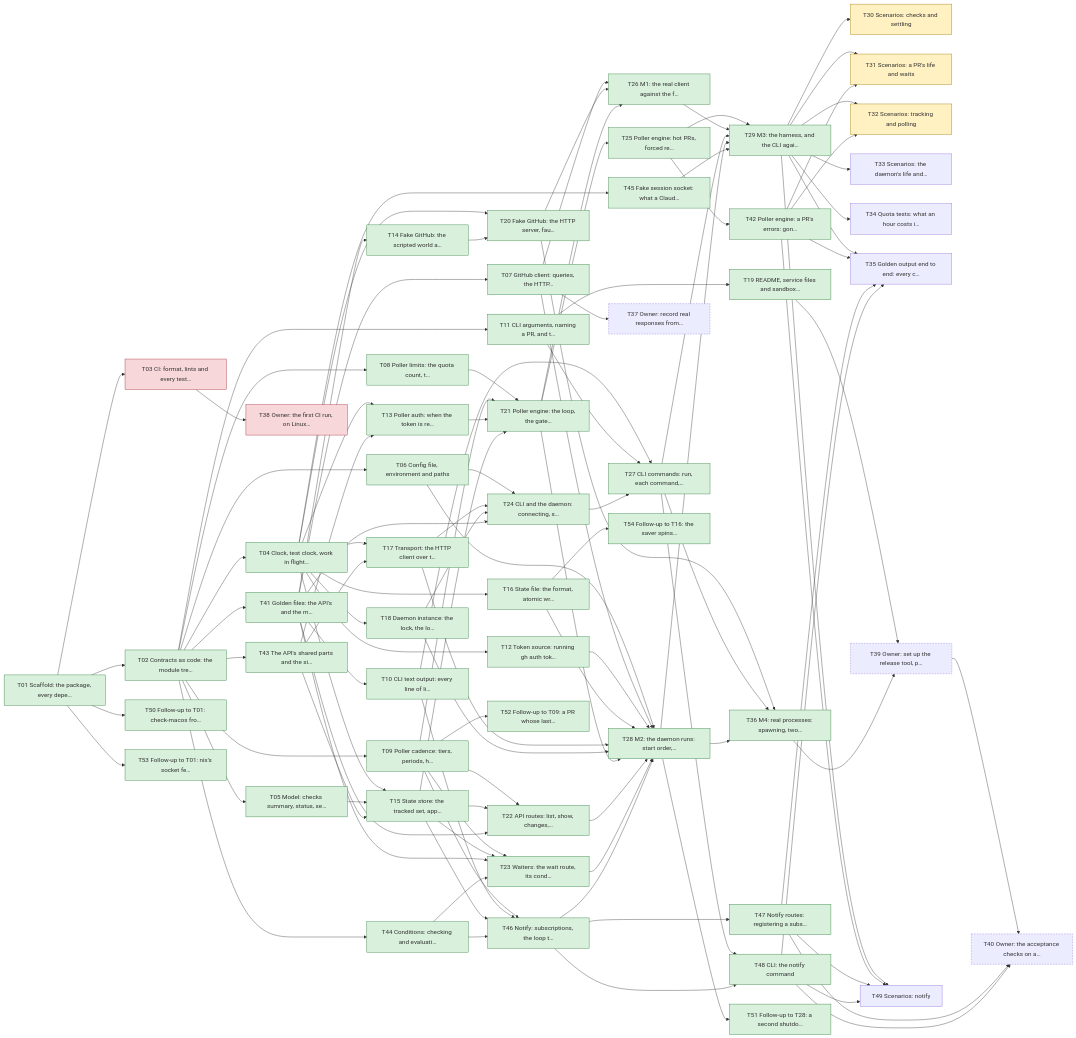
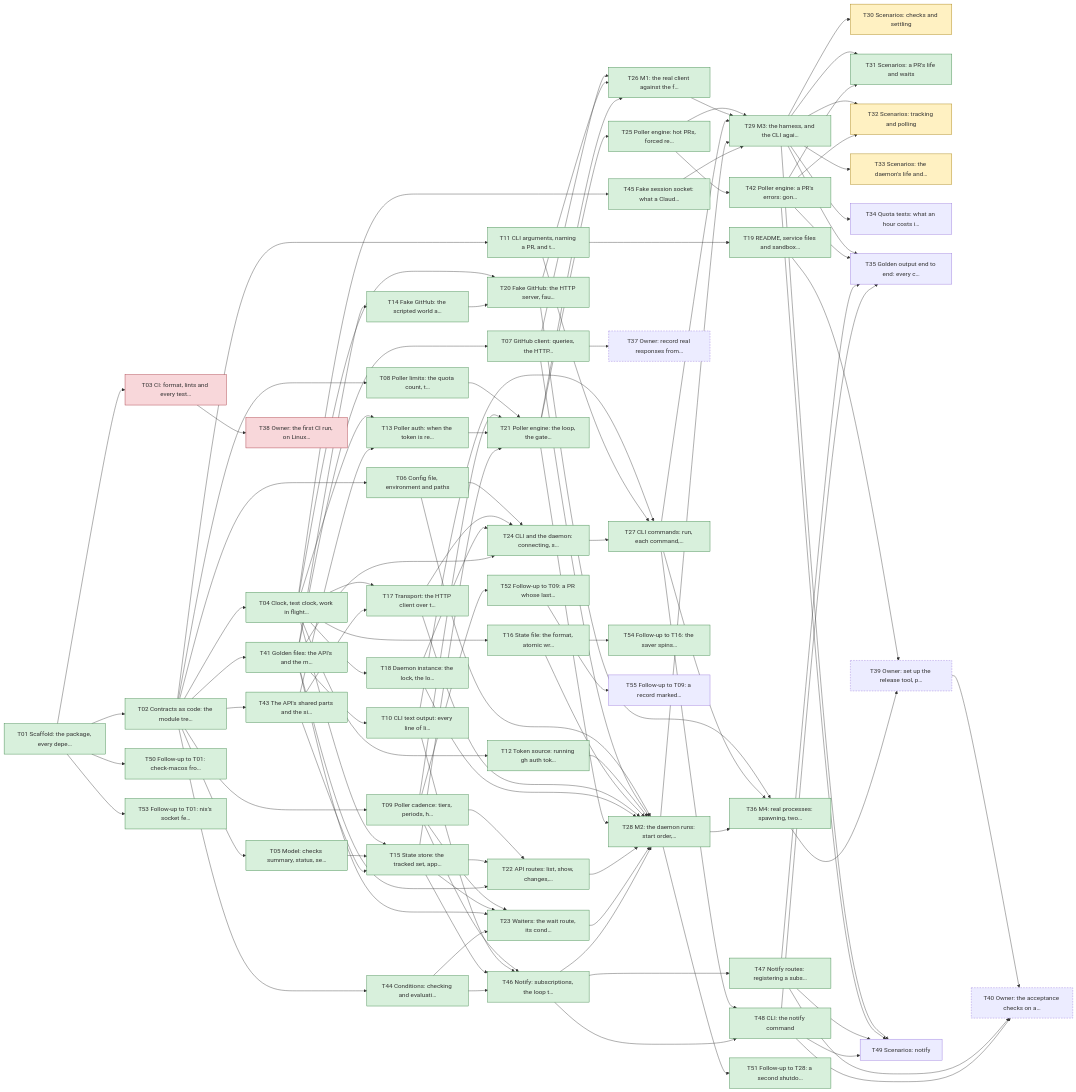
The diagram in plan/README.md (yachiko/circitor), drawn with Mermaid before and after one commit. The commit also changed other lines of this file and 7 other files, not shown here.

Commit message:
Record T31 as done; D14 and follow-up T55

```diff
--- a/plan/README.md
+++ b/plan/README.md
@@ -171,9 +172,9 @@
   T28["T28 M2: the daemon runs: start order,…"]:::done
   T29["T29 M3: the harness, and the CLI agai…"]:::done
   T30["T30 Scenarios: checks and settling"]:::active
-  T31["T31 Scenarios: a PR's life and waits"]:::active
+  T31["T31 Scenarios: a PR's life and waits"]:::done
   T32["T32 Scenarios: tracking and polling"]:::active
-  T33["T33 Scenarios: the daemon's life and…"]
+  T33["T33 Scenarios: the daemon's life and…"]:::active
   T34["T34 Quota tests: what an hour costs i…"]
   T35["T35 Golden output end to end: every c…"]
   T36["T36 M4: real processes: spawning, two…"]:::done
@@ -195,6 +196,7 @@
   T52["T52 Follow-up to T09: a PR whose last…"]:::done
   T53["T53 Follow-up to T01: nix's socket fe…"]:::done
   T54["T54 Follow-up to T16: the saver spins…"]:::done
+  T55["T55 Follow-up to T09: a record marked…"]
   T01 --> T02
   T01 --> T03
   T02 --> T04
@@ -298,6 +300,7 @@
   T09 --> T52
   T01 --> T53
   T16 --> T54
+  T52 --> T55
   classDef done fill:#d8f0dc,stroke:#2f7d3b
   classDef active fill:#fff1c2,stroke:#a07800
   classDef blocked fill:#f8d7da,stroke:#a12a35
```
